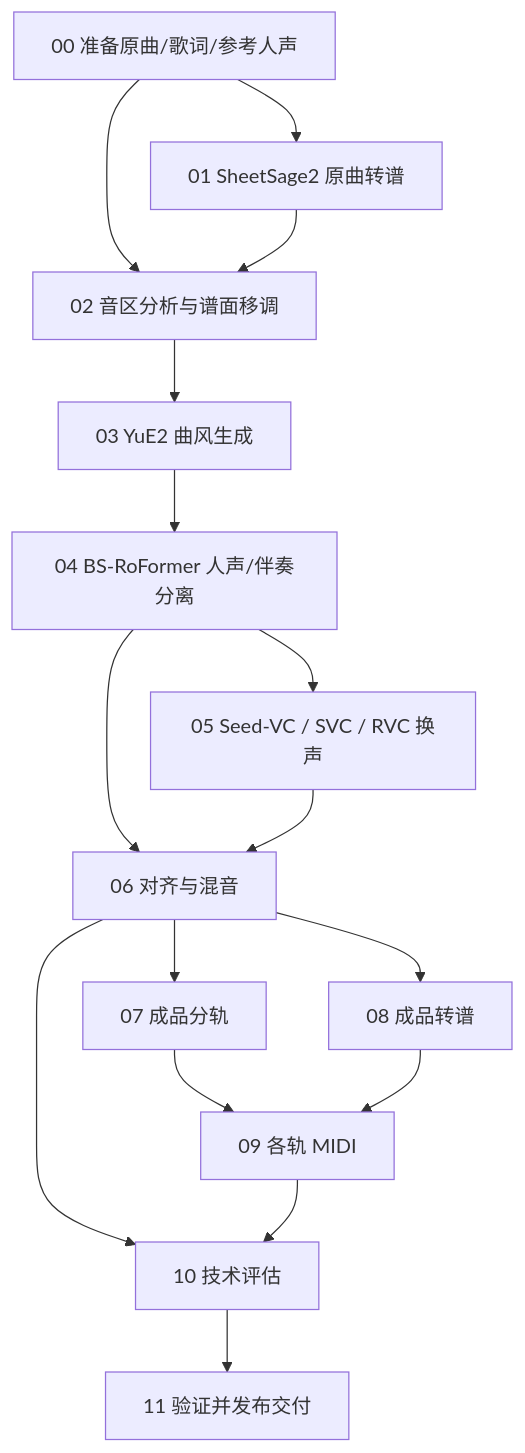
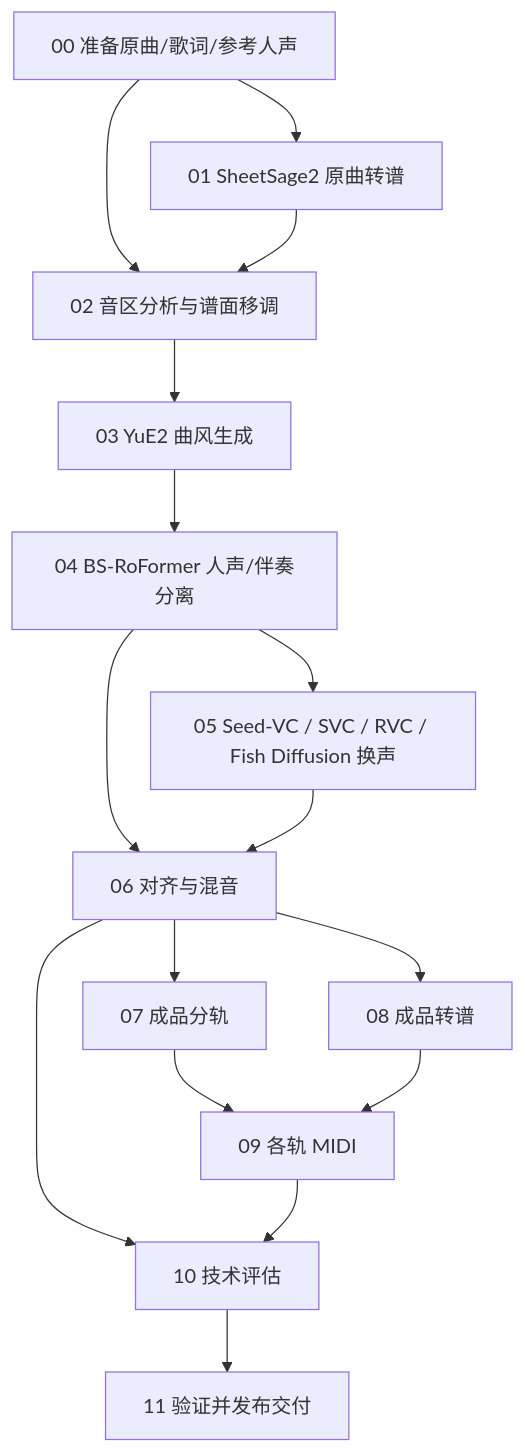
One commit to Chernobyllight/music-cover-baseline changed the diagram in docs/01-architecture.md. Above: the diagram before and after it, drawn with Mermaid. The commit also changed other lines of this file and 76 other files, not shown here.

First line of the commit message:
Release v1.2: integrate Fish Diffusion singer training and deployment

````diff
--- a/docs/01-architecture.md
+++ b/docs/01-architecture.md
@@ -5,18 +5,18 @@
 ```mermaid
 flowchart TD
   A[00 准备原曲/歌词/参考人声] --> B[01 SheetSage2 原曲转谱]
   A --> C[02 音区分析与谱面移调]
   B --> C
   C --> D[03 YuE2 曲风生成]
   D --> E[04 BS-RoFormer 人声/伴奏分离]
-  E --> F[05 Seed-VC / SVC / RVC 换声]
+  E --> F[05 Seed-VC / SVC / RVC / Fish Diffusion 换声]
   E --> G[06 对齐与混音]
   F --> G
   G --> H[07 成品分轨]
   G --> I[08 成品转谱]
   H --> J[09 各轨 MIDI]
   I --> J
   G --> K[10 技术评估]
   J --> K
   K --> L[11 验证并发布交付]
 ```
````
